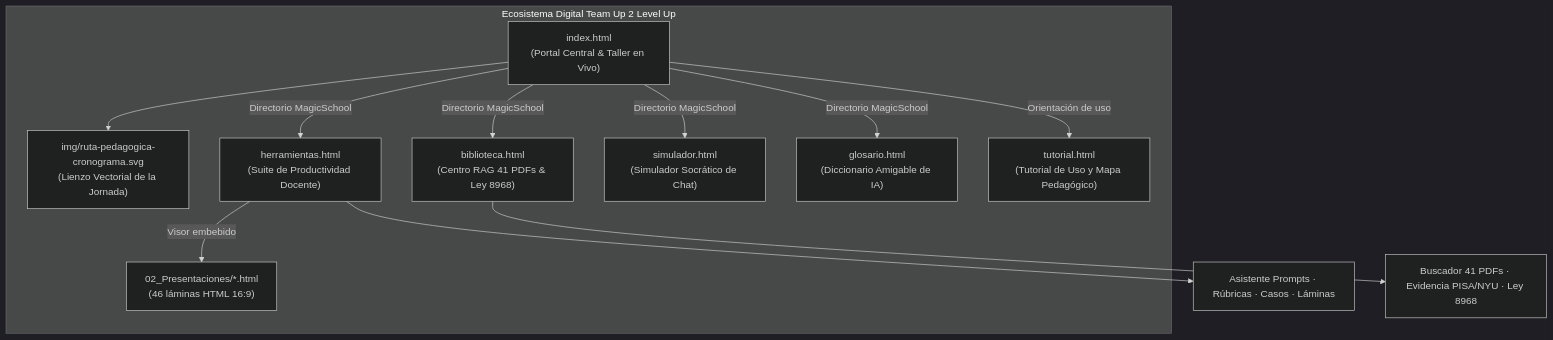
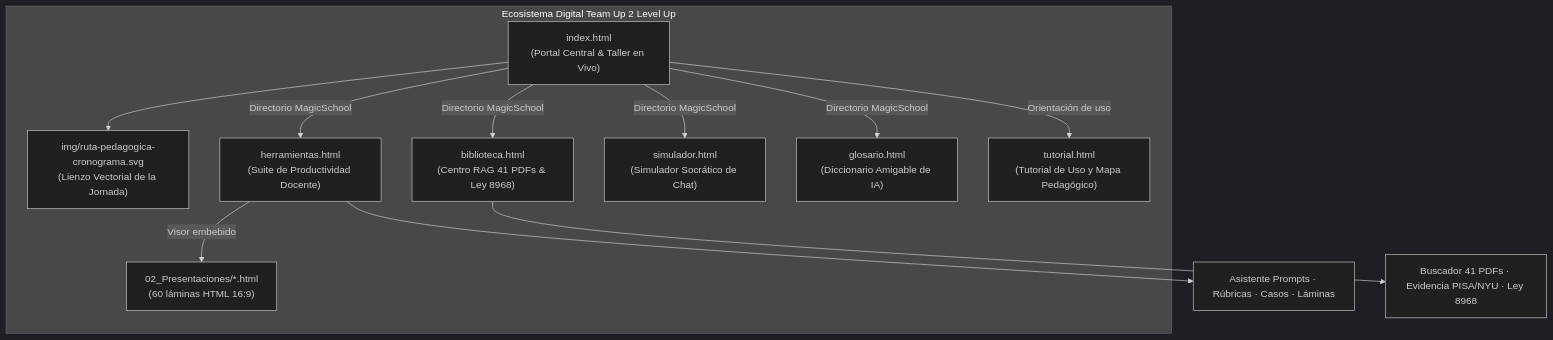
Before and after one commit to agmelendez/team_up_2_Level_Up_IA: the first of 2 diagrams in master_control.md, drawn with Mermaid (dark theme). The commit also changed other lines of this file and 24 other files, not shown here.

````diff
--- a/master_control.md
+++ b/master_control.md
@@ -19,24 +18,24 @@
 ```mermaid
 flowchart TD
     subgraph Portal["Ecosistema Digital Team Up 2 Level Up"]
         Index["index.html\n(Portal Central & Taller en Vivo)"]
-        Presentaciones["02_Presentaciones/*.html\n(46 láminas HTML 16:9)"]
+        Presentaciones["02_Presentaciones/*.html\n(60 láminas HTML 16:9)"]
         Cronograma["img/ruta-pedagogica-cronograma.svg\n(Lienzo Vectorial de la Jornada)"]
         Herramientas["herramientas.html\n(Suite de Productividad Docente)"]
         Biblioteca["biblioteca.html\n(Centro RAG 41 PDFs & Ley 8968)"]
         Simulador["simulador.html\n(Simulador Socrático de Chat)"]
         Glosario["glosario.html\n(Diccionario Amigable de IA)"]
         Tutorial["tutorial.html\n(Tutorial de Uso y Mapa Pedagógico)"]
     end
 
     Index --> Cronograma
     Index -->|Directorio MagicSchool| Herramientas
     Index -->|Directorio MagicSchool| Biblioteca
     Index -->|Directorio MagicSchool| Simulador
     Index -->|Directorio MagicSchool| Glosario
     Index -->|Orientación de uso| Tutorial
 
     Herramientas --> SubT["Asistente Prompts · Rúbricas · Casos · Láminas"]
     Herramientas -->|Visor embebido| Presentaciones
     Biblioteca --> SubB["Buscador 41 PDFs · Evidencia PISA/NYU · Ley 8968"]
 ```
````
